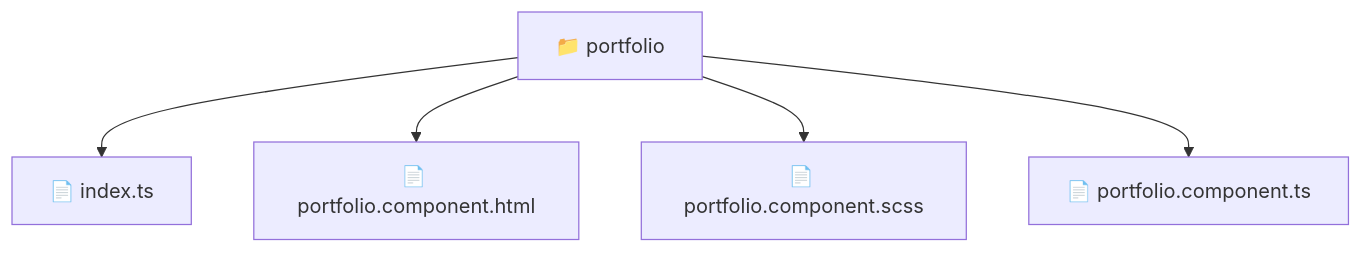
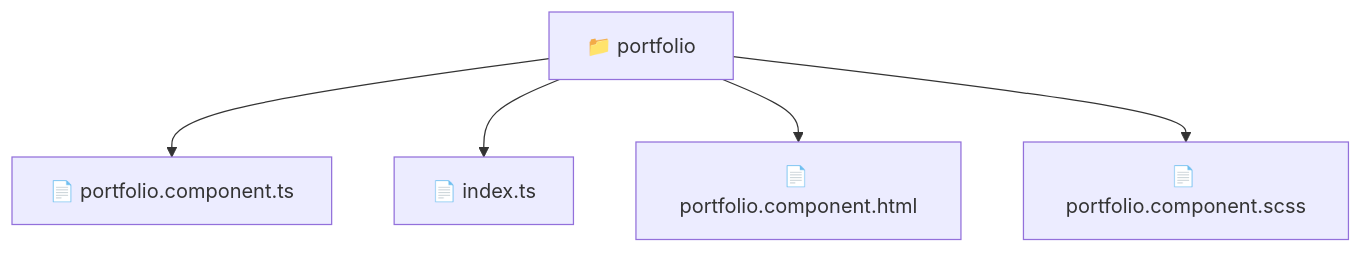
One commit to beginwebdev2002/fullstack-mavluda changed the diagram in frontend/src/pages/portfolio/README.md. Above: the diagram before and after it, drawn with Mermaid. The commit also changed other lines of this file and 164 other files, not shown here.

First line of the commit message:
docs: generate robust autonomous architectural documentation

````diff
--- a/frontend/src/pages/portfolio/README.md
+++ b/frontend/src/pages/portfolio/README.md
@@ -11,8 +11,8 @@
 ```mermaid
 graph TD
-  Root["📁 portfolio"]
-  Root --> index_ts["📄 index.ts"]
-  Root --> portfolio_component_html["📄 portfolio.component.html"]
-  Root --> portfolio_component_scss["📄 portfolio.component.scss"]
-  Root --> portfolio_component_ts["📄 portfolio.component.ts"]
+    f_portfolio["📁 portfolio"]
+    f_portfolio --> f_portfolio_component_ts["📄 portfolio.component.ts"]
+    f_portfolio --> f_index_ts["📄 index.ts"]
+    f_portfolio --> f_portfolio_component_html["📄 portfolio.component.html"]
+    f_portfolio --> f_portfolio_component_scss["📄 portfolio.component.scss"]
 ```
````
